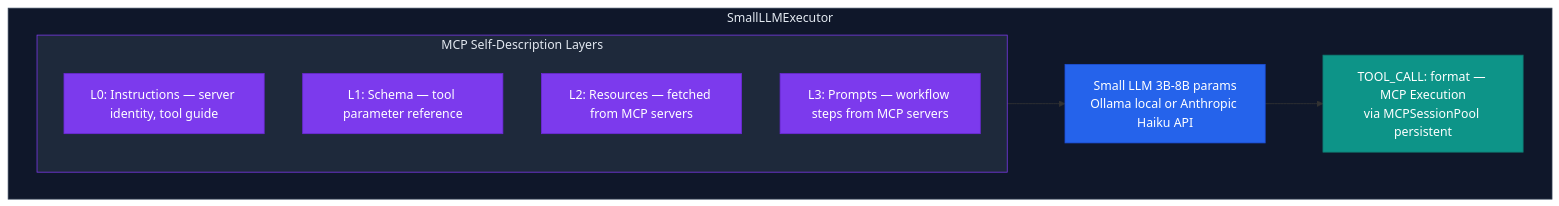
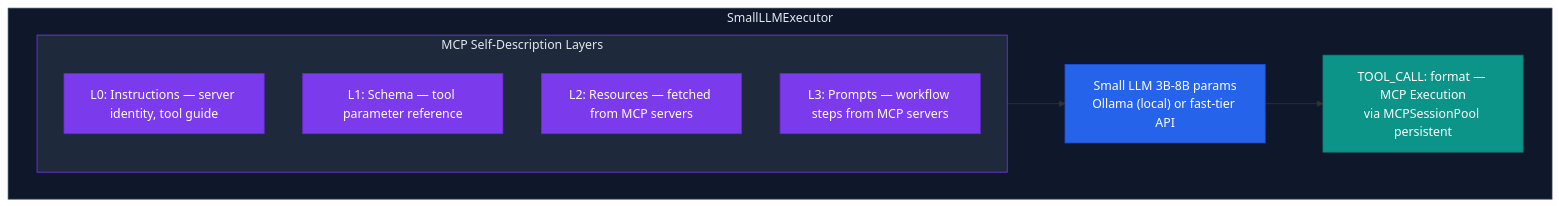
Before and after one commit to fbratten/spine-showcase: the diagram in docs/small-llm-executor.md, drawn with Mermaid. The commit also changed 4 other files, not shown here.

````diff
--- a/docs/small-llm-executor.md
+++ b/docs/small-llm-executor.md
@@ -11,24 +11,24 @@
 ```mermaid
 graph TD
     subgraph SLE["SmallLLMExecutor"]
         subgraph MCP["MCP Self-Description Layers"]
             L0["L0: Instructions — server identity, tool guide"]
             L1["L1: Schema — tool parameter reference"]
             L2["L2: Resources — fetched from MCP servers"]
             L3["L3: Prompts — workflow steps from MCP servers"]
         end
-        LLM["Small LLM 3B-8B params<br/>Ollama local or Anthropic Haiku API"]
+        LLM["Small LLM 3B-8B params<br/>Ollama (local) or fast-tier API"]
         EXEC["TOOL_CALL: format — MCP Execution<br/>via MCPSessionPool persistent"]
     end
 
     MCP --> LLM --> EXEC
 
     style SLE fill:#0f172a,stroke:#334155,color:#e2e8f0
     style MCP fill:#1e293b,stroke:#7c3aed,color:#e2e8f0
     style L0 fill:#7c3aed,stroke:#6d28d9,color:#fff
     style L1 fill:#7c3aed,stroke:#6d28d9,color:#fff
     style L2 fill:#7c3aed,stroke:#6d28d9,color:#fff
     style L3 fill:#7c3aed,stroke:#6d28d9,color:#fff
     style LLM fill:#2563eb,stroke:#1d4ed8,color:#fff
     style EXEC fill:#0d9488,stroke:#0f766e,color:#fff
 ```
````
